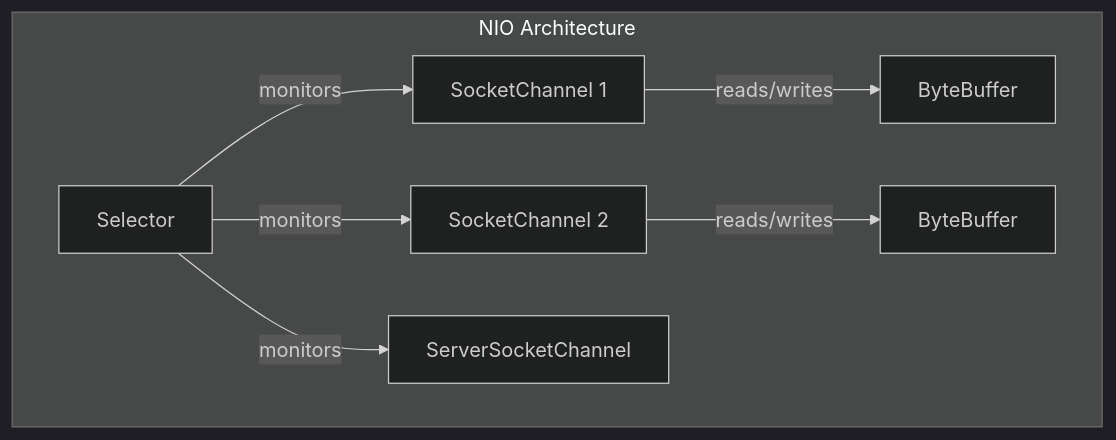
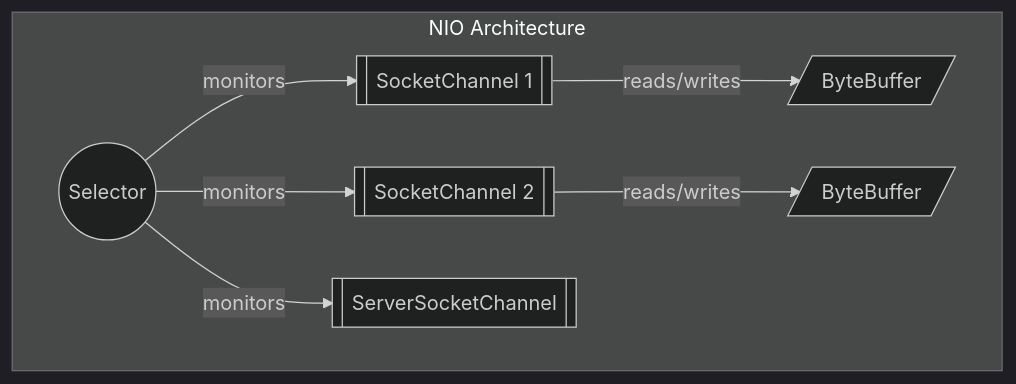
The second of 8 diagrams in docs/java/NIO.md (saivamsikaruturi/vamsilabs-dev-notes-main), drawn with Mermaid (dark theme) before and after one commit. The commit also changed other lines of this file and 146 other files, not shown here.

Commit message:
Horizontal diagrams, UML class diagrams, typography overhaul, and permalink cleanup

````diff
--- a/docs/java/NIO.md
+++ b/docs/java/NIO.md
@@ -42,10 +42,11 @@
 ```mermaid
-graph TD
+flowchart LR
     subgraph "NIO Architecture"
-        S[Selector] -->|monitors| C1[SocketChannel 1]
-        S -->|monitors| C2[SocketChannel 2]
-        S -->|monitors| C3[ServerSocketChannel]
-        C1 -->|reads/writes| B1[ByteBuffer]
-        C2 -->|reads/writes| B2[ByteBuffer]
+        direction LR
+        S(("Selector")) -->|monitors| C1[["SocketChannel 1"]]
+        S -->|monitors| C2[["SocketChannel 2"]]
+        S -->|monitors| C3[["ServerSocketChannel"]]
+        C1 -->|reads/writes| B1[/"ByteBuffer"/]
+        C2 -->|reads/writes| B2[/"ByteBuffer"/]
     end
 ```
````
